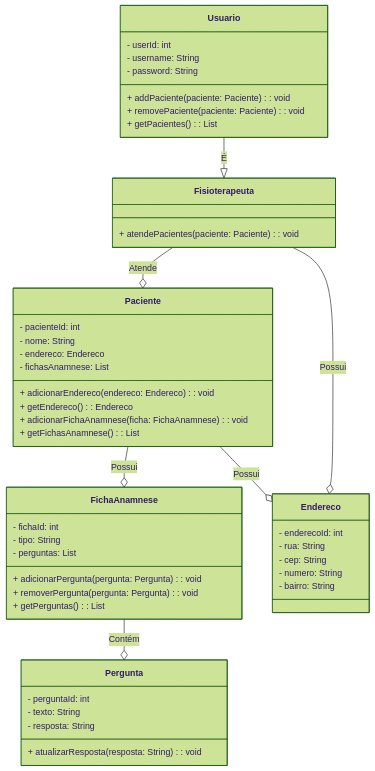
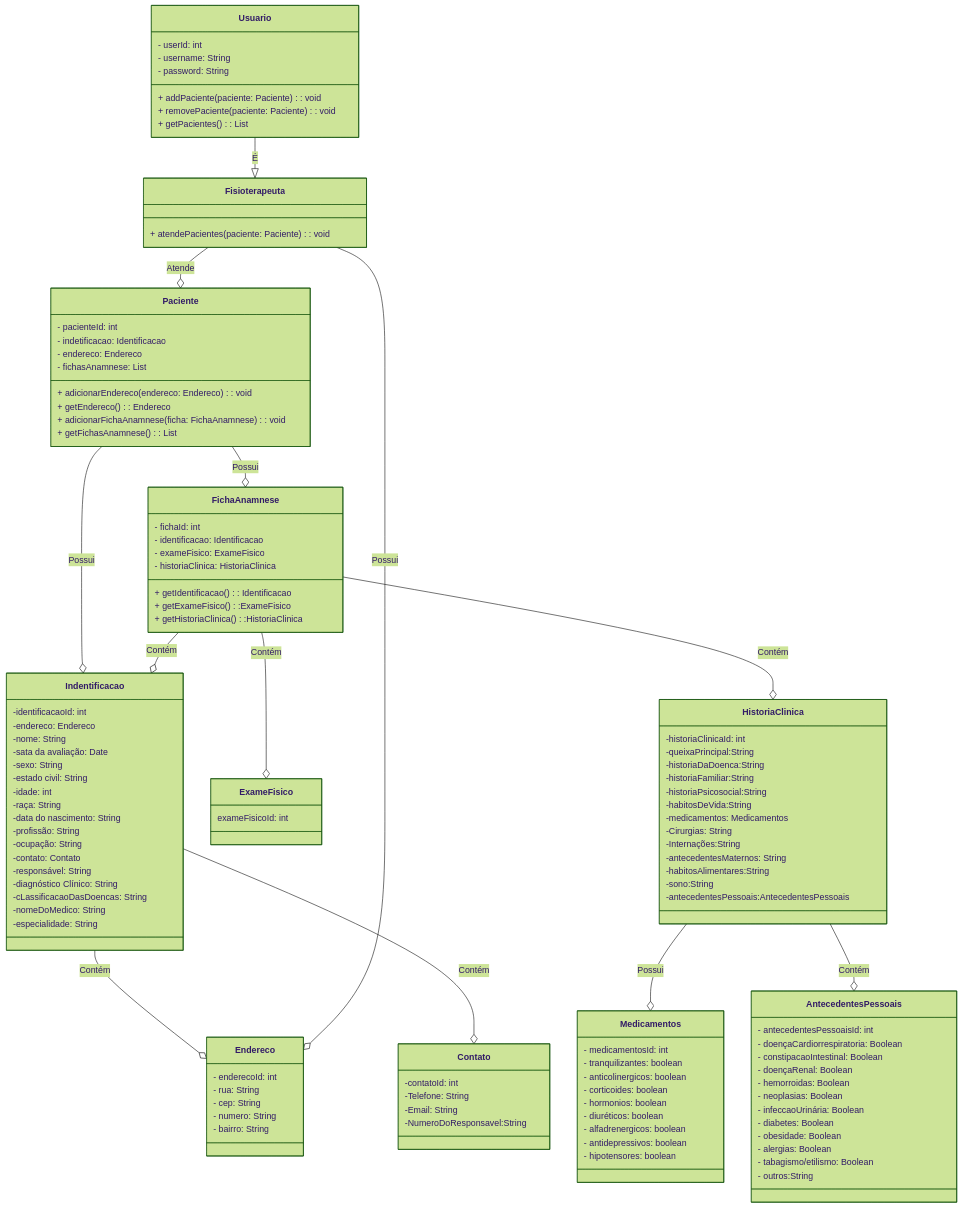
The diagram in README.md (savioarthur00/Api-RestFull-FisioApp), drawn with Mermaid (forest theme) before and after one commit.

Commit message:
Update README.md
Atualização do diagrama!! - Ainda falta

```diff
--- a/README.md
+++ b/README.md
@@ -39,7 +39,7 @@
 
   class Paciente {
     - pacienteId: int
-    - nome: String
+    - indetificacao: Identificacao
     - endereco: Endereco
     - fichasAnamnese: List<FichaAnamnese>
     + adicionarEndereco(endereco: Endereco): void
@@ -50,19 +50,85 @@
 
   class FichaAnamnese {
     - fichaId: int
-    - tipo: String
-    - perguntas: List<Pergunta>
-    + adicionarPergunta(pergunta: Pergunta): void
-    + removerPergunta(pergunta: Pergunta): void
-    + getPerguntas(): List<Pergunta>
+    - identificacao: Identificacao
+    - exameFisico: ExameFisico
+    - historiaClinica: HistoriaClinica
+    + getIdentificacao(): Identificacao
+    + getExameFisico():ExameFisico
+    + getHistoriaClinica():HistoriaClinica
+  }
+  class HistoriaClinica{
+    -historiaClinicaId: int
+    -queixaPrincipal:String
+    -historiaDaDoenca:String
+    -historiaFamiliar:String 
+    -historiaPsicosocial:String 
+    -habitosDeVida:String
+    -medicamentos: Medicamentos
+    -Cirurgias: String
+    -Internações:String
+    -antecedentesMaternos: String
+    -habitosAlimentares:String
+    -sono:String
+    -antecedentesPessoais:AntecedentesPessoais
+}
+  class AntecedentesPessoais{
+    - antecedentesPessoaisId: int
+    - doençaCardiorrespiratoria: Boolean
+    - constipacaoIntestinal: Boolean
+    - doençaRenal: Boolean
+    - hemorroidas: Boolean
+    - neoplasias: Boolean
+    - infeccaoUrinária: Boolean
+    - diabetes: Boolean
+    - obesidade: Boolean
+    - alergias: Boolean
+    - tabagismo/etilismo: Boolean
+    - outros:String
+}
+
+class Medicamentos{
+- medicamentosId: int
+- tranquilizantes: boolean
+- anticolinergicos: boolean
+- corticoides: boolean
+- hormonios: boolean
+- diuréticos: boolean
+- alfadrenergicos: boolean
+- antidepressivos: boolean
+- hipotensores: boolean
+}
+  class ExameFisico {
+    exameFisicoId: int
   }
 
-  class Pergunta {
-    - perguntaId: int
-    - texto: String
-    - resposta: String
-    + atualizarResposta(resposta: String): void
-  }
+  class Indentificacao {
+       -identificacaoId: int
+       -endereco: Endereco
+       -nome: String
+       -sata da avaliação: Date
+       -sexo: String
+       -estado civil: String
+       -idade: int
+       -raça: String
+       -data do nascimento: String
+       -profissão: String 
+       -ocupação: String
+       -contato: Contato
+       -responsável: String
+       -diagnóstico Clínico: String
+       -cLassificacaoDasDoencas: String
+       -nomeDoMedico: String
+       -especialidade: String
+
+   }
+
+class Contato {
+    -contatoId: int
+    -Telefone: String 
+    -Email: String
+    -NumeroDoResponsavel:String
+}
 
   class Endereco {
     - enderecoId: int
@@ -75,10 +141,17 @@
   Usuario --|> Fisioterapeuta : É
   Fisioterapeuta --o Paciente : Atende
   Paciente --o FichaAnamnese : Possui
-  Paciente --o Endereco : Possui
+  Paciente --o Indentificacao: Possui
+  Indentificacao --o Endereco : Contém
+  Indentificacao --o Contato : Contém
   Fisioterapeuta --o Endereco : Possui
-  FichaAnamnese --o Pergunta : Contém
-
+  FichaAnamnese --o Indentificacao : Contém
+  FichaAnamnese --o ExameFisico : Contém
+  FichaAnamnese --o HistoriaClinica : Contém
+  HistoriaClinica --o Medicamentos: Possui
+  HistoriaClinica --o AntecedentesPessoais: Contém
+  
+  
 
 
 
```
